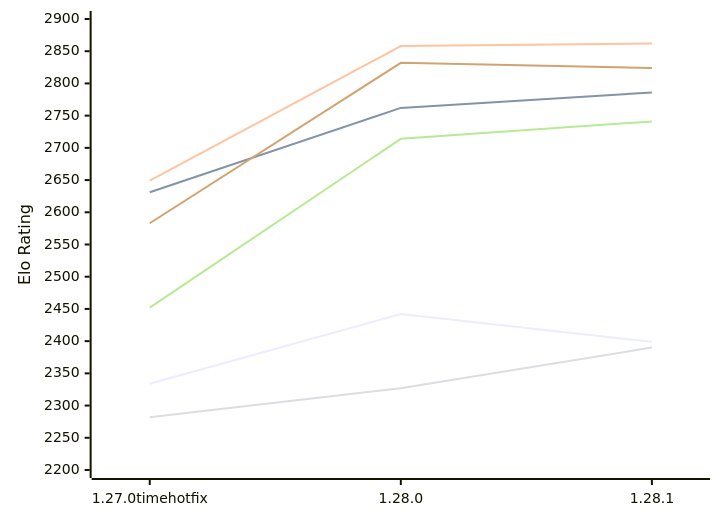
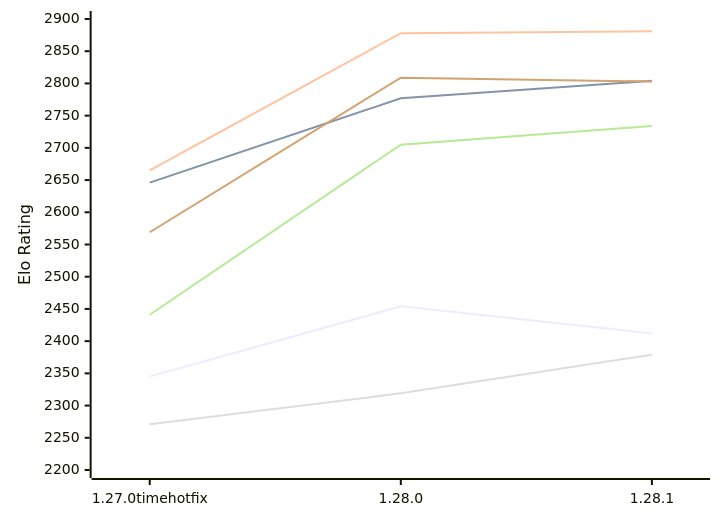
The first of 2 diagrams in engines/Aurora.md (computer-chess-index/cci), drawn with Mermaid before and after one commit. The commit also changed other lines of this file, not shown here.

Commit message:
Update CCI Ratings (ELO VLTC) - 2026-11-14

````diff
--- a/engines/Aurora.md
+++ b/engines/Aurora.md
@@ -52,12 +52,12 @@
 ```mermaid
 %%{init: {"theme":"base","themeVariables":{"seriesColors:['#a3a3a3','#222221','#faa371']}}}%%
 xychart-beta
   x-axis ["1.27.0timehotfix", "1.28.0", "1.28.1"]
   y-axis "Elo Rating" 2200 --> 2900
-  line "E1: STC (8.0+0.08s)" [2334, 2442, 2399]
-  line "E1: LTC (60.0+0.60s)" [2631, 2762, 2786]
-  line "E1: VLTC (2m24s+1.12s)" [2649, 2858, 2862]
-  line "P1: STC (8.0+0.08s)" [2282, 2327, 2390]
-  line "P1: LTC (60.0+0.60s)" [2452, 2714, 2741]
-  line "P1: VLTC (2m24s+1.12s)" [2583, 2832, 2824]
+  line "E1: STC (8.0+0.08s)" [2345, 2454, 2412]
+  line "E1: LTC (60.0+0.60s)" [2646, 2777, 2804]
+  line "E1: VLTC (2m24s+1.12s)" [2665, 2878, 2881]
+  line "P1: STC (8.0+0.08s)" [2271, 2319, 2379]
+  line "P1: LTC (60.0+0.60s)" [2441, 2705, 2734]
+  line "P1: VLTC (2m24s+1.12s)" [2569, 2809, 2803]
 ```
````
